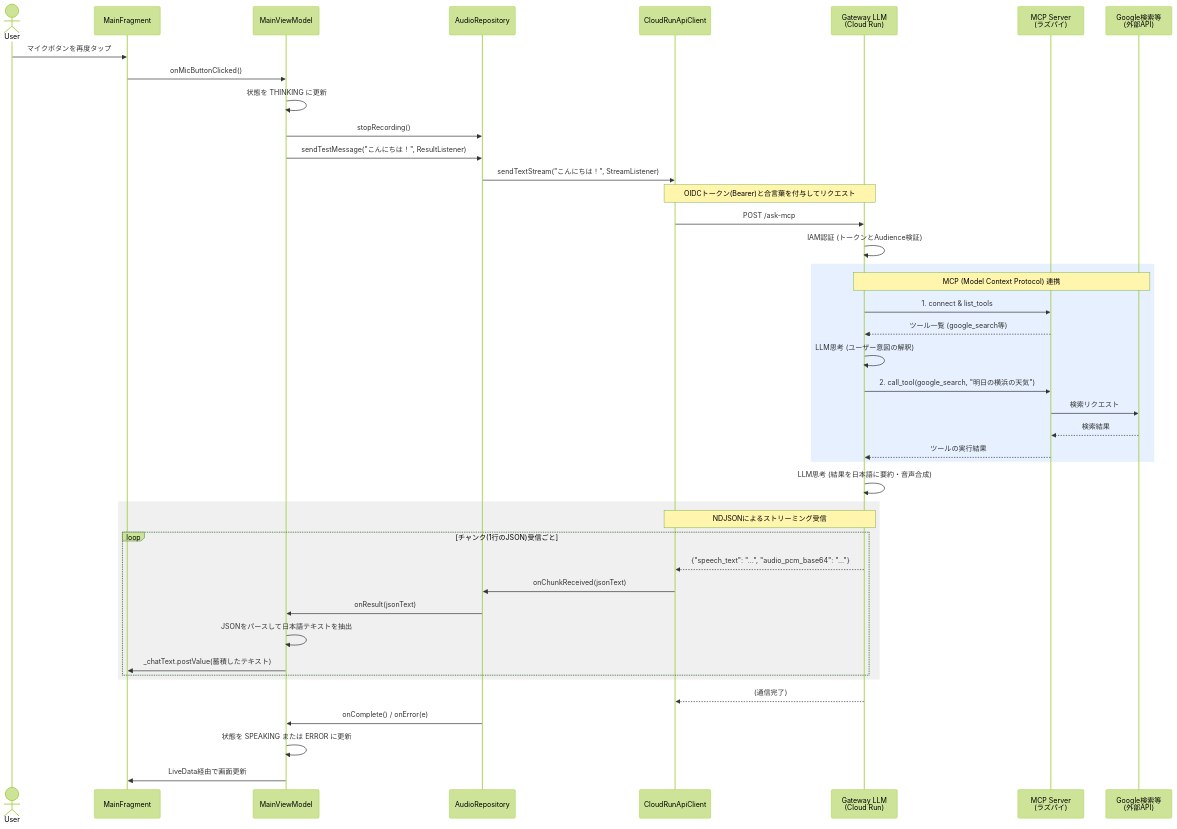
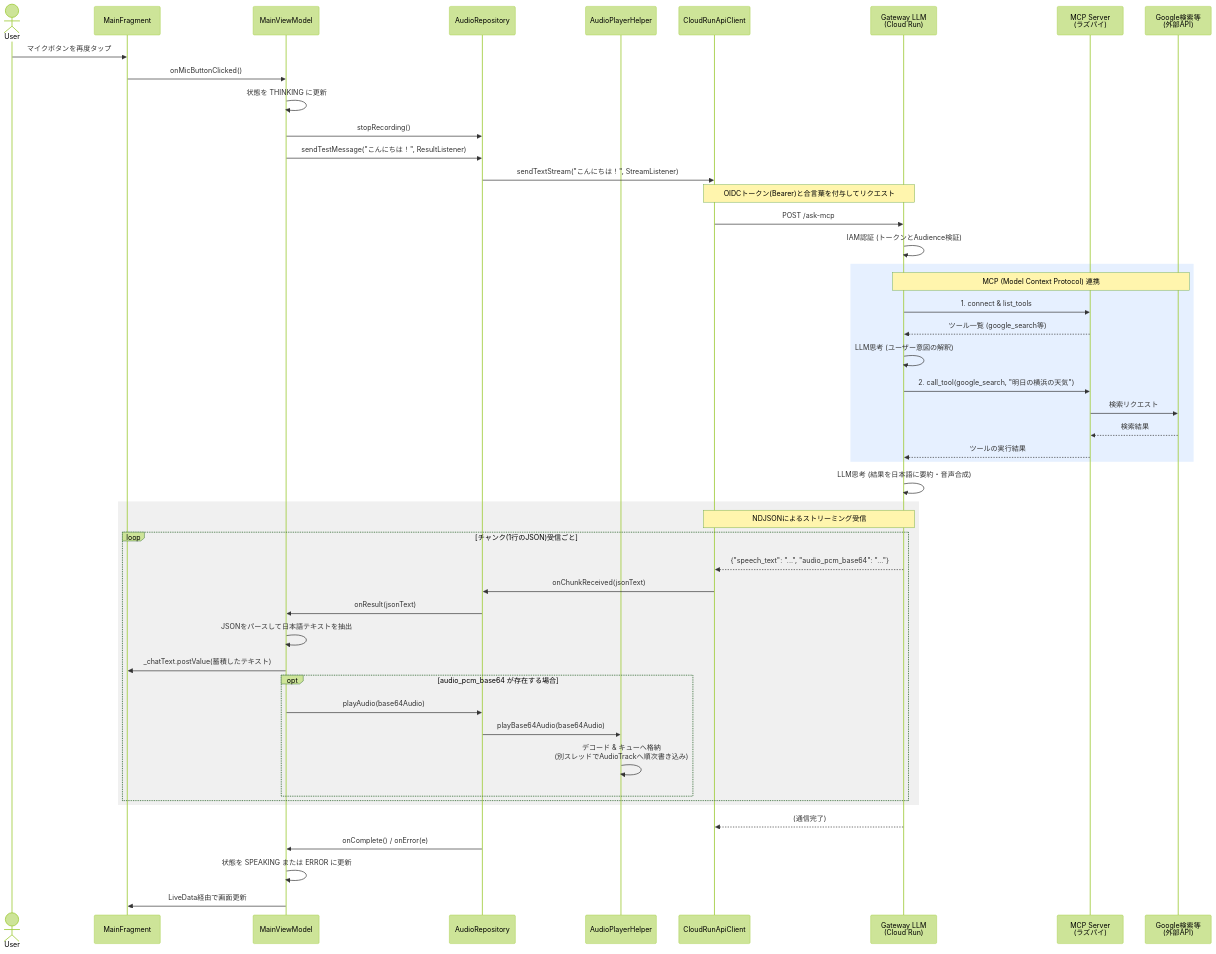
The third of 4 diagrams in README.md (rotani/android-study), drawn with Mermaid (forest theme) before and after one commit. The commit also changed other lines of this file and 5 other files, not shown here.

````diff
--- a/README.md
+++ b/README.md
@@ -156,52 +174,58 @@
 ```mermaid
 sequenceDiagram
     actor User
     participant UI as MainFragment
     participant VM as MainViewModel
     participant Repo as AudioRepository
+    participant Player as AudioPlayerHelper
     participant API as CloudRunApiClient
     participant Gateway as Gateway LLM<br/>(Cloud Run)
     participant MCP as MCP Server<br/>(ラズパイ)
     participant Search as Google検索等<br/>(外部API)
 
     User->>UI: マイクボタンを再度タップ
     UI->>VM: onMicButtonClicked()
     VM->>VM: 状態を THINKING に更新
     VM->>Repo: stopRecording()
     VM->>Repo: sendTestMessage("こんにちは！", ResultListener)
     
     Repo->>API: sendTextStream("こんにちは！", StreamListener)
     
     Note over API, Gateway: OIDCトークン(Bearer)と合言葉を付与してリクエスト
     API->>Gateway: POST /ask-mcp
     Gateway->>Gateway: IAM認証 (トークンとAudience検証)
 
     rect rgb(230, 240, 255)
         Note over Gateway, Search: MCP (Model Context Protocol) 連携
         Gateway->>MCP: 1. connect & list_tools
         MCP-->>Gateway: ツール一覧 (google_search等)
         Gateway->>Gateway: LLM思考 (ユーザー意図の解釈)
         Gateway->>MCP: 2. call_tool(google_search, "明日の横浜の天気")
         MCP->>Search: 検索リクエスト
         Search-->>MCP: 検索結果
         MCP-->>Gateway: ツールの実行結果
     end
     
     Gateway->>Gateway: LLM思考 (結果を日本語に要約・音声合成)
     
     rect rgb(240, 240, 240)
         Note over API, Gateway: NDJSONによるストリーミング受信
         loop チャンク(1行のJSON)受信ごと
             Gateway-->>API: {"speech_text": "...", "audio_pcm_base64": "..."}
             API->>Repo: onChunkReceived(jsonText)
             Repo->>VM: onResult(jsonText)
             VM->>VM: JSONをパースして日本語テキストを抽出
             VM->>UI: _chatText.postValue(蓄積したテキスト)
+            opt audio_pcm_base64 が存在する場合
+                VM->>Repo: playAudio(base64Audio)
+                Repo->>Player: playBase64Audio(base64Audio)
+                Player->>Player: デコード & キューへ格納<br/>(別スレッドでAudioTrackへ順次書き込み)
+            end
         end
     end
     
     Gateway-->>API: (通信完了)
     Repo->>VM: onComplete() / onError(e)
     VM->>VM: 状態を SPEAKING または ERROR に更新
     VM->>UI: LiveData経由で画面更新
 ```
````
